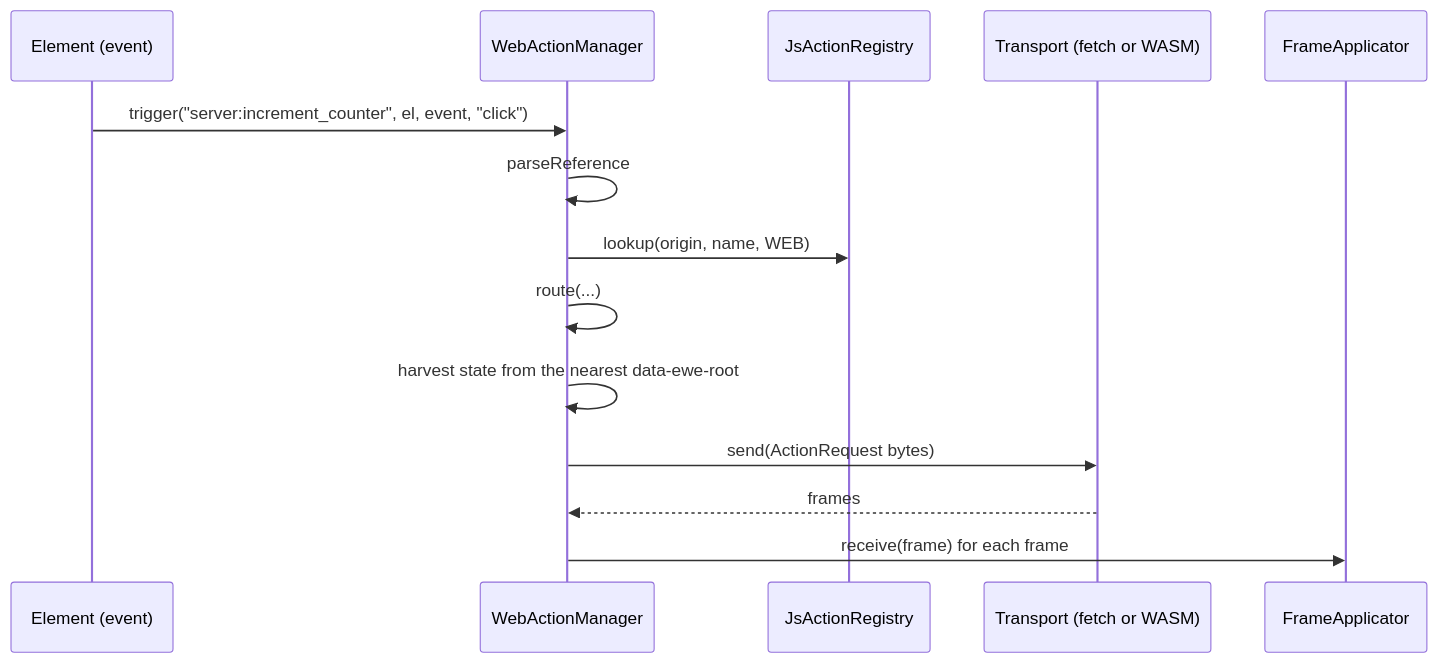
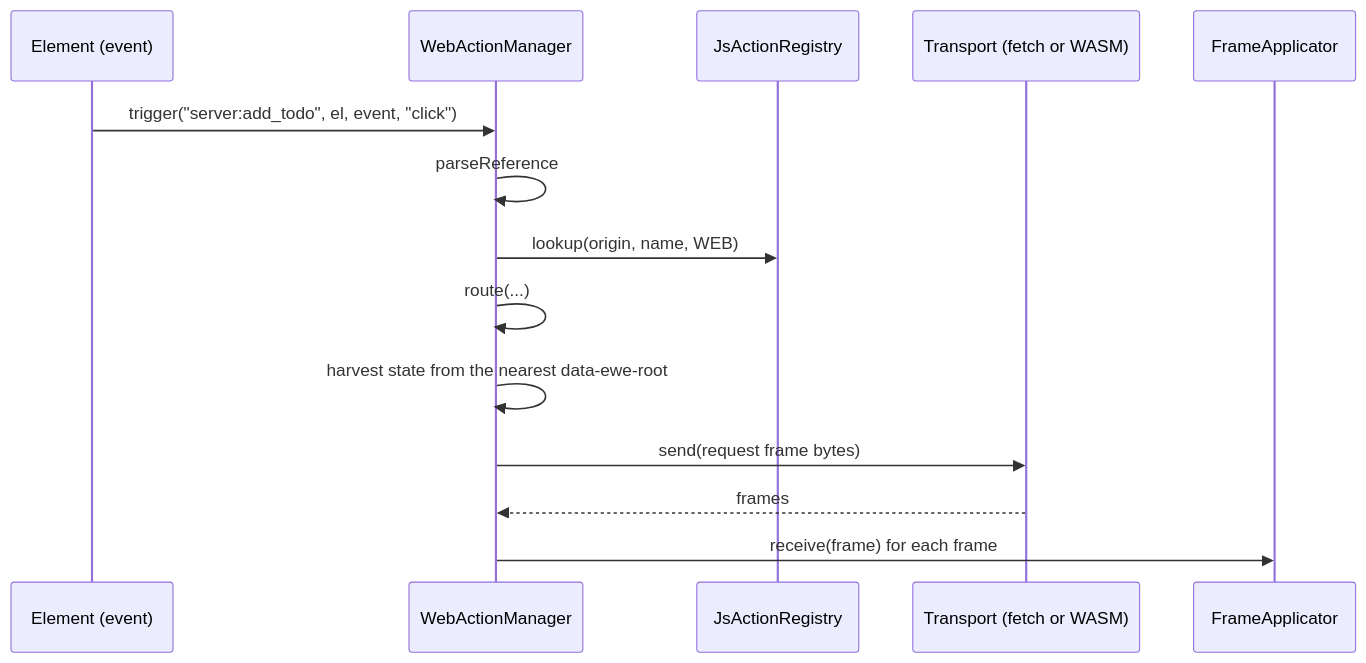
One commit to ewe-studios/ewe_platform changed the diagram in specifications/69-foundation-ui-v2/features/10-web-action-manager/feature.md. Above: the diagram before and after it, drawn with Mermaid. The commit also changed other lines of this file and 21 other files, not shown here.

````diff
--- a/specifications/69-foundation-ui-v2/features/10-web-action-manager/feature.md
+++ b/specifications/69-foundation-ui-v2/features/10-web-action-manager/feature.md
@@ -369,16 +426,16 @@
 ```mermaid
 sequenceDiagram
     participant E as Element (event)
     participant M as WebActionManager
     participant R as JsActionRegistry
     participant T as Transport (fetch or WASM)
     participant F as FrameApplicator
-    E->>M: trigger("server:increment_counter", el, event, "click")
+    E->>M: trigger("server:add_todo", el, event, "click")
     M->>M: parseReference
     M->>R: lookup(origin, name, WEB)
     M->>M: route(...)
     M->>M: harvest state from the nearest data-ewe-root
-    M->>T: send(ActionRequest bytes)
+    M->>T: send(request frame bytes)
     T-->>M: frames
     M->>F: receive(frame) for each frame
 ```
````
